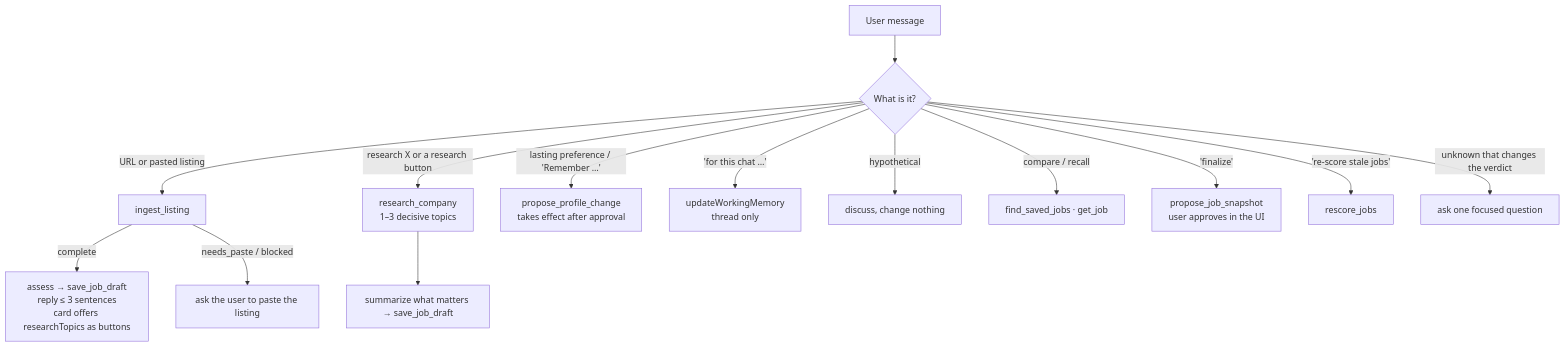
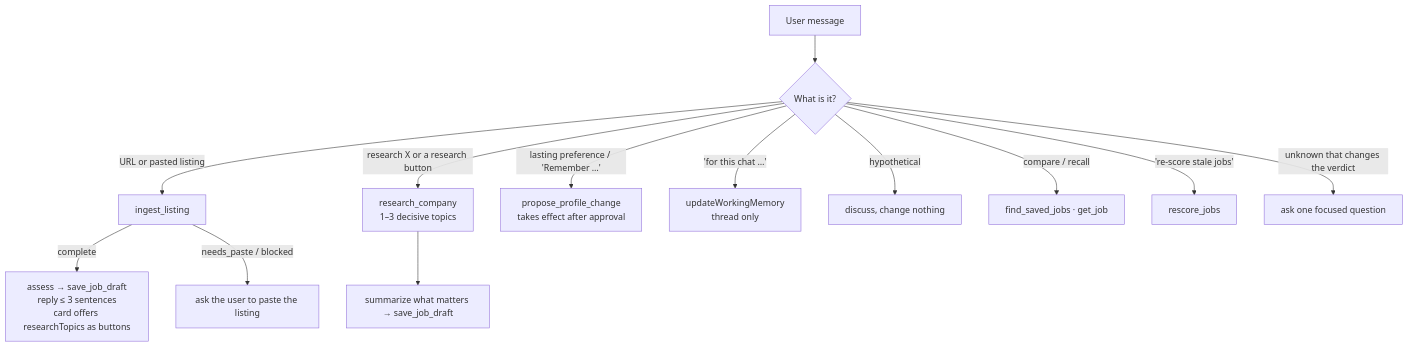
The third of 13 diagrams in docs/architecture.md (pppdns/job-agent-mastra), drawn with Mermaid before and after one commit. The commit also changed other lines of this file and 9 other files, not shown here.

````diff
--- a/docs/architecture.md
+++ b/docs/architecture.md
@@ -102,16 +102,15 @@
 ```mermaid
 flowchart TD
   M[User message] --> K{What is it?}
   K -->|URL or pasted listing| I[ingest_listing]
   I -->|complete| D[assess → save_job_draft<br/>reply ≤ 3 sentences<br/>card offers researchTopics as buttons]
   I -->|needs_paste / blocked| P[ask the user to paste the listing]
   K -->|"research X" or a research button| R[research_company<br/>1–3 decisive topics]
   R --> D2[summarize what matters → save_job_draft]
   K -->|lasting preference / 'Remember …'| PP[propose_profile_change<br/>takes effect after approval]
   K -->|'for this chat …'| WM[updateWorkingMemory<br/>thread only]
   K -->|hypothetical| N[discuss, change nothing]
   K -->|compare / recall| F[find_saved_jobs · get_job]
-  K -->|'finalize'| S[propose_job_snapshot<br/>user approves in the UI]
   K -->|'re-score stale jobs'| RS[rescore_jobs]
   K -->|unknown that changes the verdict| Q[ask one focused question]
 ```
````
